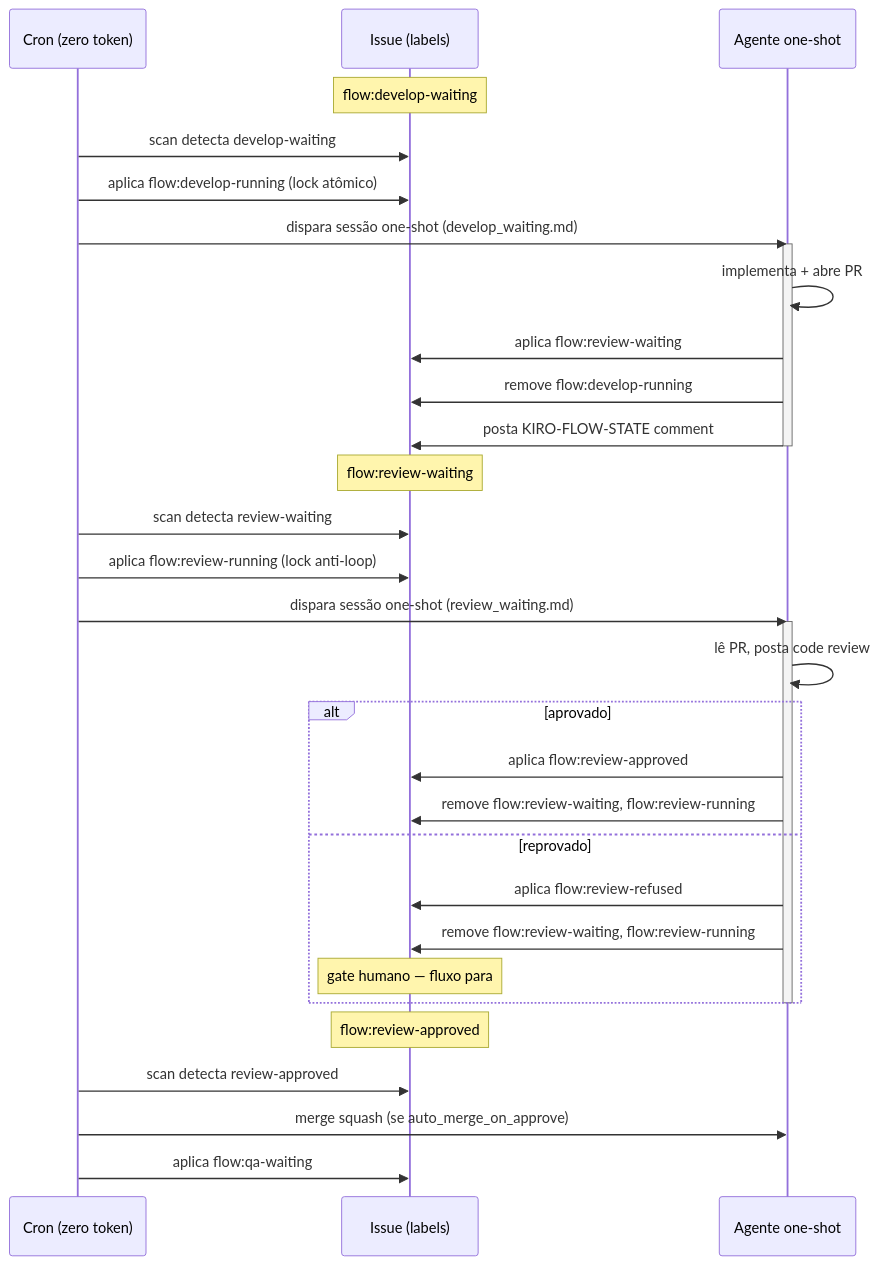
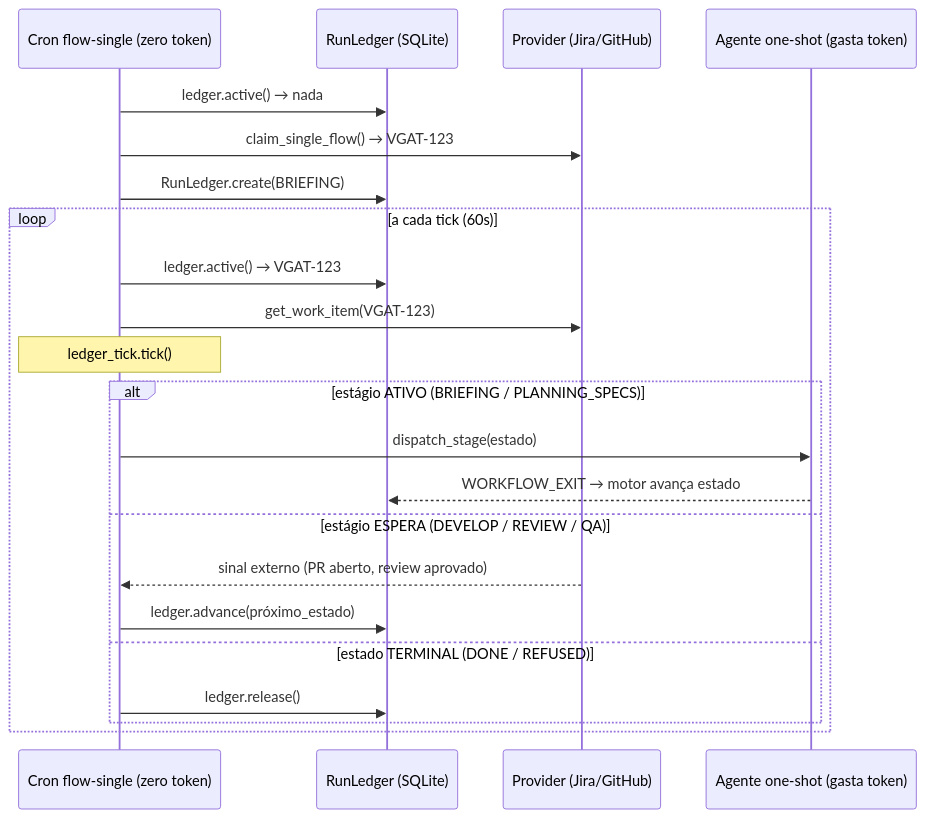
Before and after one commit to eliasrosa/kirocrew-deployment: the diagram in docs/fluxo.md, drawn with Mermaid. The commit also changed other lines of this file and 4 other files, not shown here.

First line of the commit message:
docs: atualizar documentação para single-flow ledger-driven (#320)

````diff
--- a/docs/fluxo.md
+++ b/docs/fluxo.md
@@ -71,40 +93,26 @@
 ```mermaid
 sequenceDiagram
-    participant C as Cron (zero token)
-    participant I as Issue (labels)
-    participant A as Agente one-shot
+    participant C as Cron flow-single (zero token)
+    participant L as RunLedger (SQLite)
+    participant P as Provider (Jira/GitHub)
+    participant A as Agente one-shot (gasta token)
 
-    Note over I: flow:develop-waiting
-    C->>I: scan detecta develop-waiting
-    C->>I: aplica flow:develop-running (lock atômico)
-    C->>A: dispara sessão one-shot (develop_waiting.md)
+    C->>L: ledger.active() → nada
+    C->>P: claim_single_flow() → VGAT-123
+    C->>L: RunLedger.create(BRIEFING)
 
-    activate A
-    A->>A: implementa + abre PR
-    A->>I: aplica flow:review-waiting
-    A->>I: remove flow:develop-running
-    A->>I: posta KIRO-FLOW-STATE comment
-    deactivate A
-
-    Note over I: flow:review-waiting
-    C->>I: scan detecta review-waiting
-    C->>I: aplica flow:review-running (lock anti-loop)
-    C->>A: dispara sessão one-shot (review_waiting.md)
-
-    activate A
-    A->>A: lê PR, posta code review
-    alt aprovado
-        A->>I: aplica flow:review-approved
-        A->>I: remove flow:review-waiting, flow:review-running
-    else reprovado
-        A->>I: aplica flow:review-refused
-        A->>I: remove flow:review-waiting, flow:review-running
-        Note over I: gate humano — fluxo para
+    loop a cada tick (60s)
+        C->>L: ledger.active() → VGAT-123
+        C->>P: get_work_item(VGAT-123)
+        Note over C: ledger_tick.tick()
+        alt estágio ATIVO (BRIEFING / PLANNING_SPECS)
+            C->>A: dispatch_stage(estado)
+            A-->>L: WORKFLOW_EXIT → motor avança estado
+        else estágio ESPERA (DEVELOP / REVIEW / QA)
+            P-->>C: sinal externo (PR aberto, review aprovado)
+            C->>L: ledger.advance(próximo_estado)
+        else estado TERMINAL (DONE / REFUSED)
+            C->>L: ledger.release()
+        end
     end
-    deactivate A
-
-    Note over I: flow:review-approved
-    C->>I: scan detecta review-approved
-    C->>A: merge squash (se auto_merge_on_approve)
-    C->>I: aplica flow:qa-waiting
 ```
````
